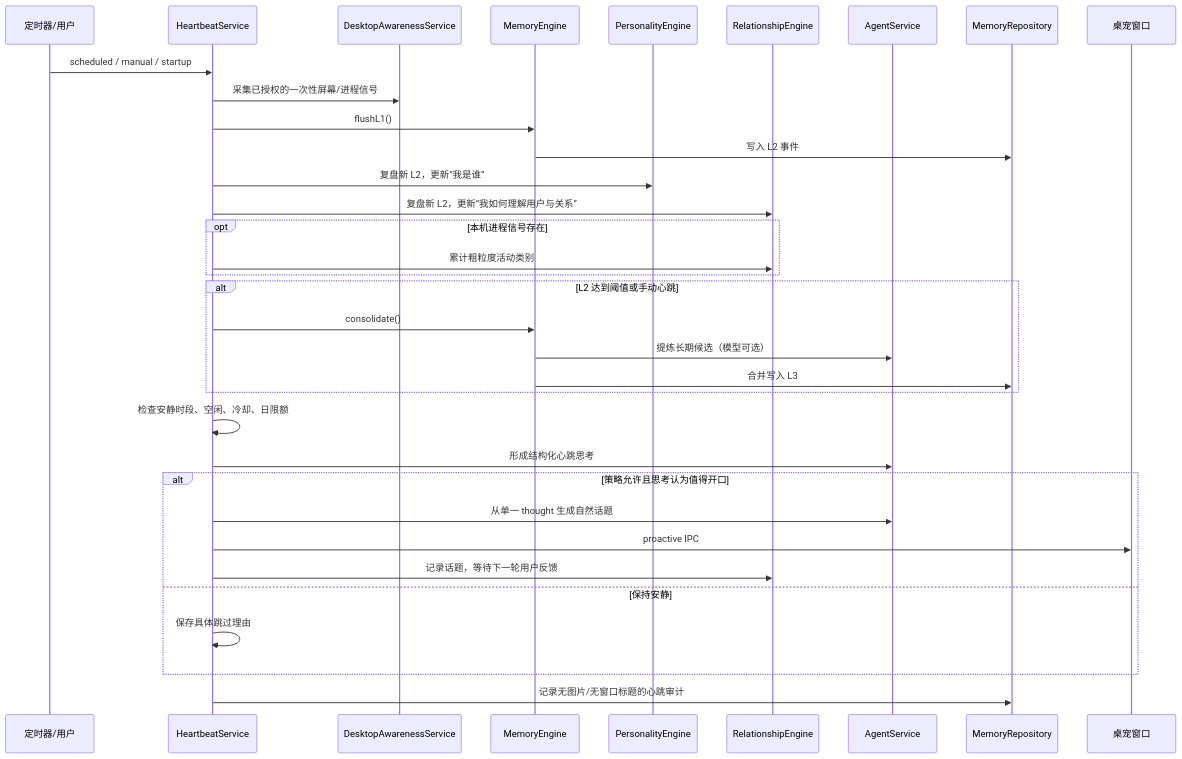
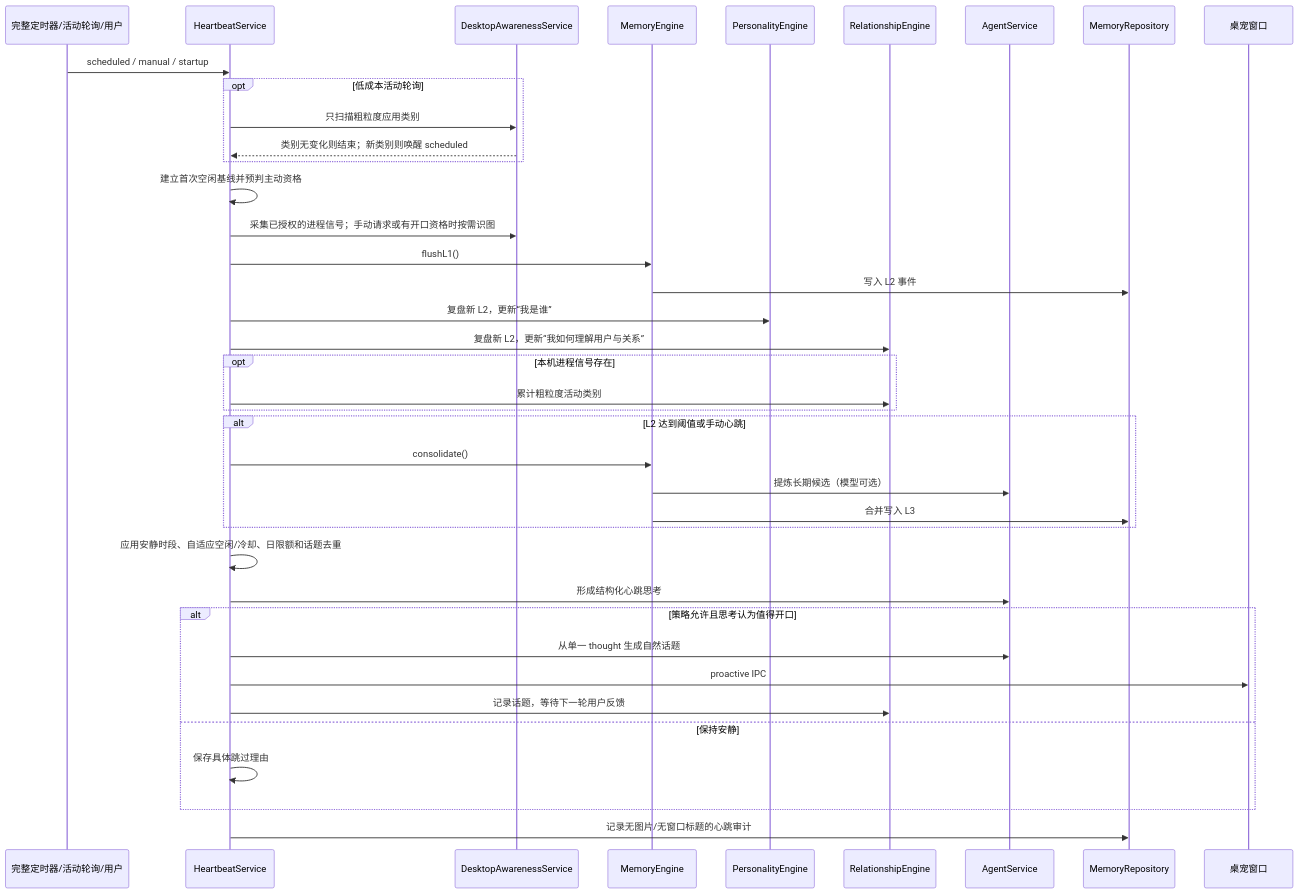
The fourth of 6 diagrams in docs/ARCHITECTURE.md (MonsterN58/memory-pet-agent), drawn with Mermaid before and after one commit. The commit also changed other lines of this file and 27 other files, not shown here.

````diff
--- a/docs/ARCHITECTURE.md
+++ b/docs/ARCHITECTURE.md
@@ -194,36 +203,41 @@
 ```mermaid
 sequenceDiagram
-  participant T as 定时器/用户
+  participant T as 完整定时器/活动轮询/用户
   participant H as HeartbeatService
   participant D as DesktopAwarenessService
   participant M as MemoryEngine
   participant P as PersonalityEngine
   participant G as RelationshipEngine
   participant A as AgentService
   participant R as MemoryRepository
   participant U as 桌宠窗口
   T->>H: scheduled / manual / startup
-  H->>D: 采集已授权的一次性屏幕/进程信号
+  opt 低成本活动轮询
+    H->>D: 只扫描粗粒度应用类别
+    D-->>H: 类别无变化则结束；新类别则唤醒 scheduled
+  end
+  H->>H: 建立首次空闲基线并预判主动资格
+  H->>D: 采集已授权的进程信号；手动请求或有开口资格时按需识图
   H->>M: flushL1()
   M->>R: 写入 L2 事件
   H->>P: 复盘新 L2，更新“我是谁”
   H->>G: 复盘新 L2，更新“我如何理解用户与关系”
   opt 本机进程信号存在
     H->>G: 累计粗粒度活动类别
   end
   alt L2 达到阈值或手动心跳
     H->>M: consolidate()
     M->>A: 提炼长期候选（模型可选）
     M->>R: 合并写入 L3
   end
-  H->>H: 检查安静时段、空闲、冷却、日限额
+  H->>H: 应用安静时段、自适应空闲/冷却、日限额和话题去重
   H->>A: 形成结构化心跳思考
   alt 策略允许且思考认为值得开口
     H->>A: 从单一 thought 生成自然话题
     H->>U: proactive IPC
     H->>G: 记录话题，等待下一轮用户反馈
   else 保持安静
     H->>H: 保存具体跳过理由
   end
   H->>R: 记录无图片/无窗口标题的心跳审计
 ```
````
